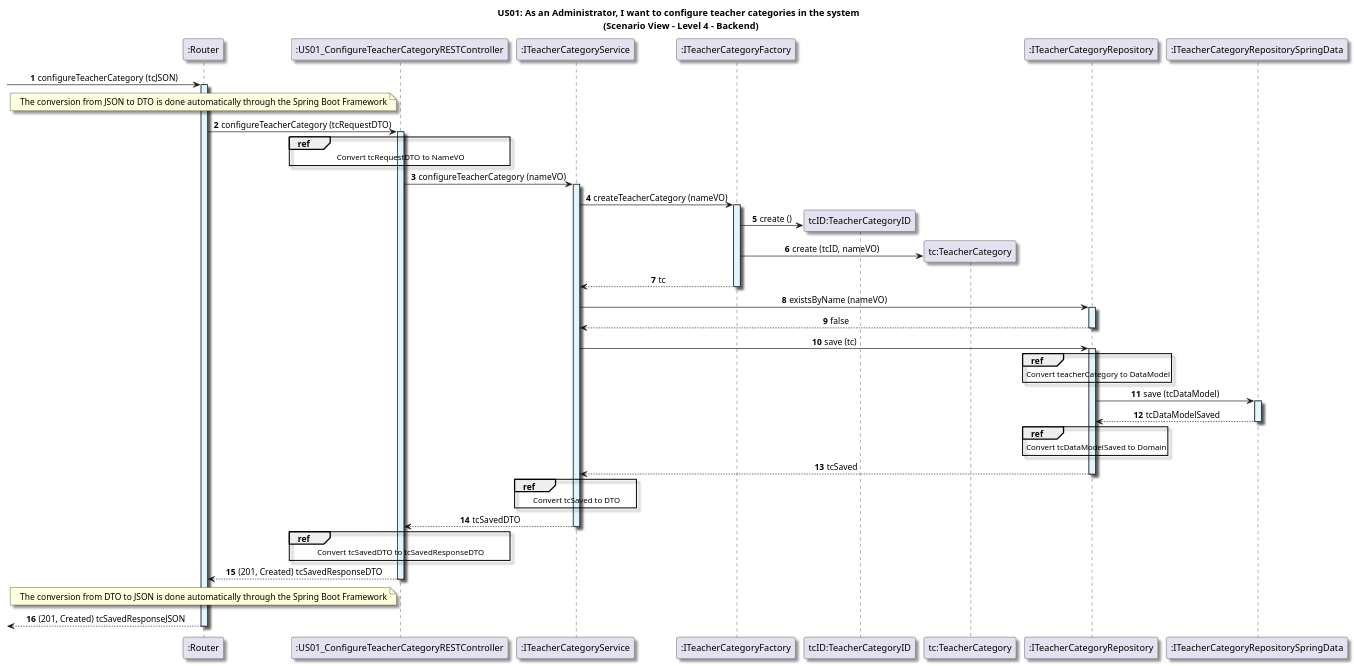
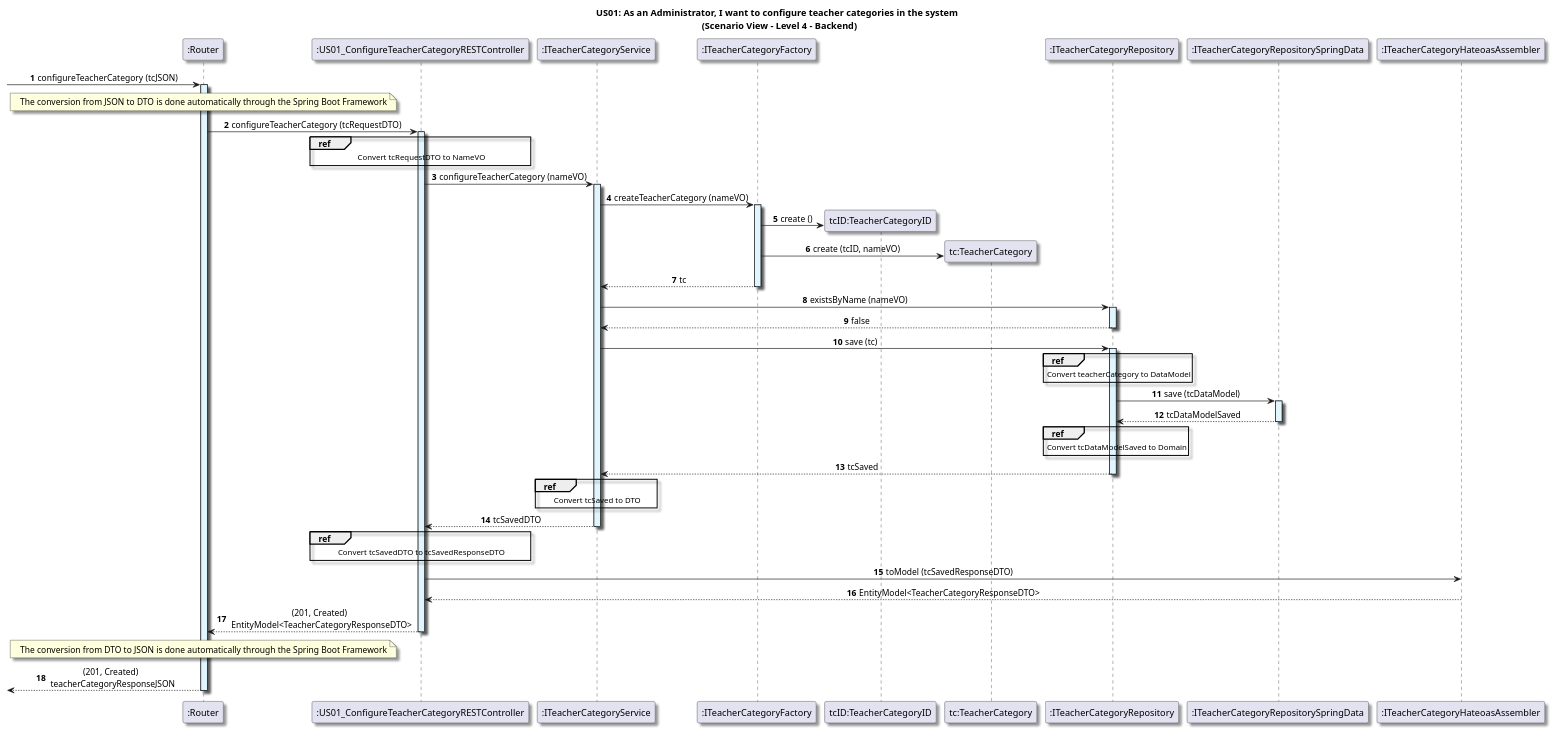
The diagram in docs/US01/Sprint6_RestAPI/ScenarioView/Level4.puml (GasparISEP/DevOps-PAI), drawn with PlantUML before and after one commit. The commit also changed 1 other file, not shown here.

Commit message:
doc (scenario): update scenario view diagrams at level 3 and 4 with minor adjustments (#532, Closes #613)

```diff
--- a/docs/US01/Sprint6_RestAPI/ScenarioView/Level4.puml
+++ b/docs/US01/Sprint6_RestAPI/ScenarioView/Level4.puml
@@ -1,86 +1,90 @@
 @startuml
 
 title US01: As an Administrator, I want to configure teacher categories in the system \n (Scenario View - Level 4 - Backend)
 
 skinparam defaultTextAlignment center
 skinparam shadowing true
 
 autonumber
 
 participant ":Router" as router
 -> router: configureTeacherCategory (tcJSON)
 activate router #E1F5FE
 
 note over router: The conversion from JSON to DTO is done automatically through the Spring Boot Framework
 
 participant ":US01_ConfigureTeacherCategoryRESTController" as Controller
 router -> Controller: configureTeacherCategory (tcRequestDTO)
 activate Controller #E1F5FE
 
 ref over Controller
     Convert tcRequestDTO to NameVO
 end
 
 participant ":ITeacherCategoryService" as service
 Controller -> service: configureTeacherCategory (nameVO)
 activate service #E1F5FE
 
 participant ":ITeacherCategoryFactory" as Factory
 service -> Factory: createTeacherCategory (nameVO)
 activate Factory #E1F5FE
 
 create "tcID:TeacherCategoryID"
 Factory -> "tcID:TeacherCategoryID": create ()
 
 create "tc:TeacherCategory"
 Factory -> "tc:TeacherCategory": create (tcID, nameVO)
 
 Factory --> service: tc
 deactivate Factory
 
 participant ":ITeacherCategoryRepository" as Repository
 service -> Repository: existsByName (nameVO)
 activate Repository #E1F5FE
 Repository --> service: false
 deactivate Repository
 
 service -> Repository: save (tc)
 activate Repository #E1F5FE
 
 ref over Repository
     Convert teacherCategory to DataModel
 end
 
 participant ":ITeacherCategoryRepositorySpringData" as springDataRepository
 Repository -> springDataRepository: save (tcDataModel)
 activate springDataRepository #E1F5FE
 springDataRepository --> Repository : tcDataModelSaved
 deactivate springDataRepository
 
 ref over Repository
     Convert tcDataModelSaved to Domain
 end
 
 Repository --> service: tcSaved
 deactivate Repository
 
 ref over service
     Convert tcSaved to DTO
 end
 
 service --> Controller: tcSavedDTO
 deactivate service
 
 ref over Controller
     Convert tcSavedDTO to tcSavedResponseDTO
 end
 
-Controller --> router: (201, Created) tcSavedResponseDTO
+participant ":ITeacherCategoryHateoasAssembler" as hateoasAssembler
+Controller -> hateoasAssembler: toModel (tcSavedResponseDTO)
+hateoasAssembler --> Controller: EntityModel<TeacherCategoryResponseDTO>
+
+Controller --> router: (201, Created) \n EntityModel<TeacherCategoryResponseDTO>
 deactivate Controller
 
 note over router: The conversion from DTO to JSON is done automatically through the Spring Boot Framework
 
-<-- router: (201, Created) tcSavedResponseJSON
+<-- router: (201, Created) \n teacherCategoryResponseJSON
 deactivate router
 
 @enduml
```
